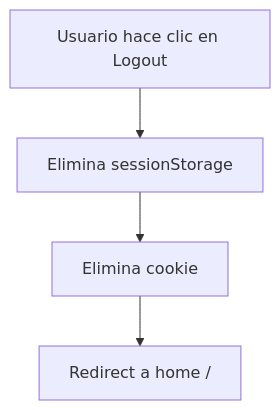
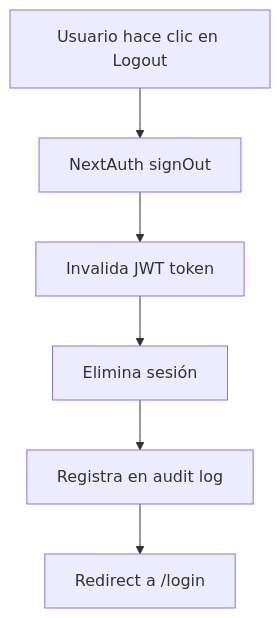
Before and after one commit to DabtcAvila/Dafel-Technologies: the second of 2 diagrams in frontend/AUTH_CONTEXT.md, drawn with Mermaid. The commit also changed other lines of this file, not shown here.

Commit message:
authContext

````diff
--- a/frontend/AUTH_CONTEXT.md
+++ b/frontend/AUTH_CONTEXT.md
@@ -68,6 +81,8 @@
 ```mermaid
 graph TD
-    A[Usuario hace clic en Logout] --> B[Elimina sessionStorage]
-    B --> C[Elimina cookie]
-    C --> D[Redirect a home /]
+    A[Usuario hace clic en Logout] --> B[NextAuth signOut]
+    B --> C[Invalida JWT token]
+    C --> D[Elimina sesión]
+    D --> E[Registra en audit log]
+    E --> F[Redirect a /login]
 ```
````
